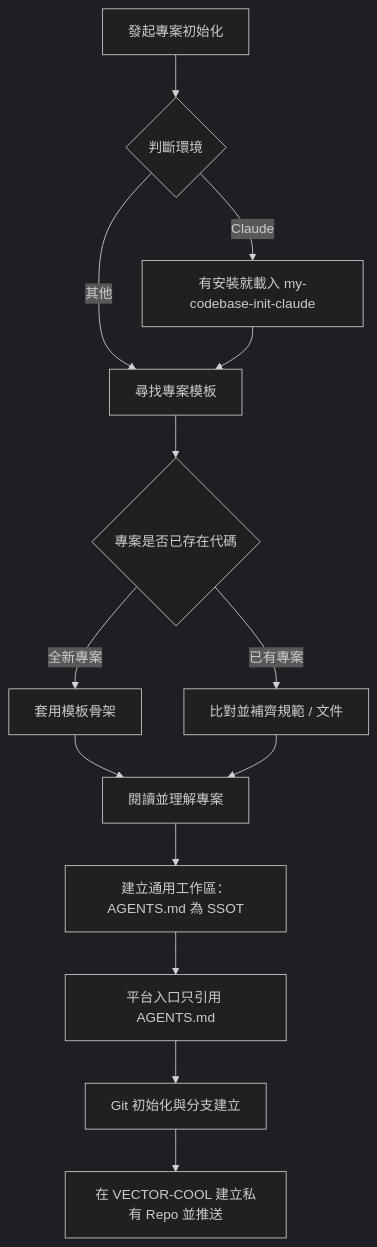
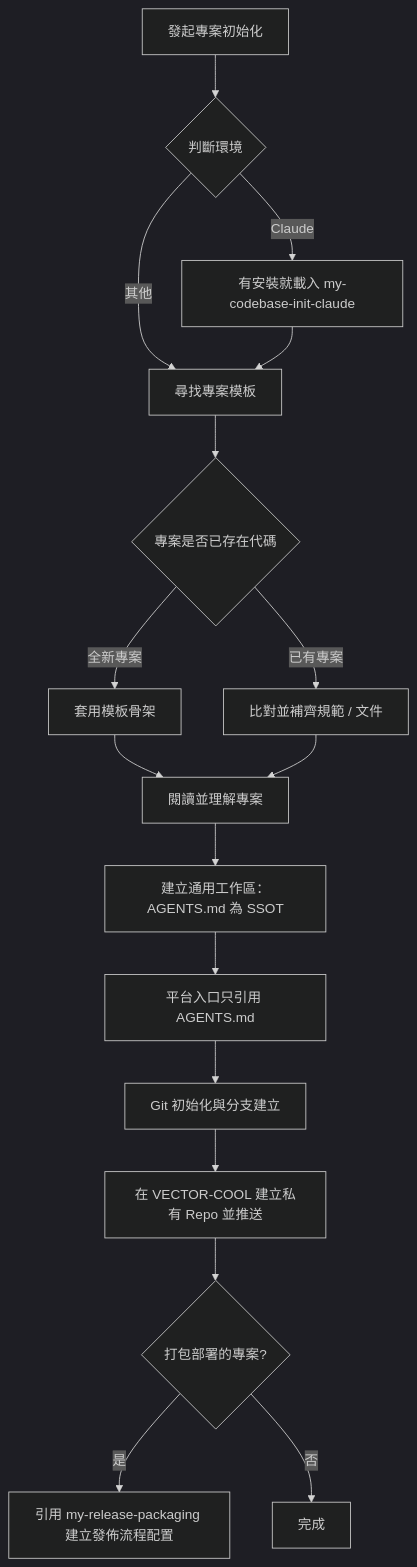
Before and after one commit to VECTOR-COOL/my-agent-toolkit: the diagram in my-plugins/my-workflow/skills/my-codebase-init/SKILL.md, drawn with Mermaid (dark theme). The commit also changed other lines of this file and 9 other files, not shown here.

First line of the commit message:
feat(plugin): init ends with release config step referencing my-release-packaging, bump 1.15.7

````diff
--- a/my-plugins/my-workflow/skills/my-codebase-init/SKILL.md
+++ b/my-plugins/my-workflow/skills/my-codebase-init/SKILL.md
@@ -10,16 +10,19 @@
 ```mermaid
 graph TD
   A[發起專案初始化] --> R{判斷環境}
   R -->|Claude| CL[有安裝就載入 my-codebase-init-claude]
   R -->|其他| B[尋找專案模板]
   CL --> B
   B --> C{專案是否已存在代碼}
   C -->|全新專案| D[套用模板骨架]
   C -->|已有專案| E[比對並補齊規範 / 文件]
   D --> U[閱讀並理解專案]
   E --> U
   U --> F[建立通用工作區：AGENTS.md 為 SSOT]
   F --> P[平台入口只引用 AGENTS.md]
   P --> G[Git 初始化與分支建立]
   G --> H[在 VECTOR-COOL 建立私有 Repo 並推送]
+  H --> D2{打包部署的專案?}
+  D2 -->|是| RP[引用 my-release-packaging 建立發佈流程配置]
+  D2 -->|否| End[完成]
 ```
````
